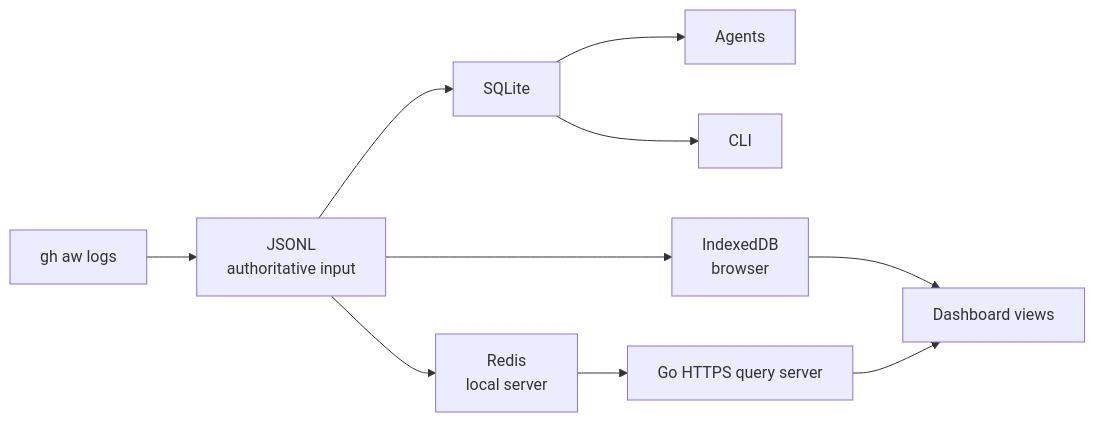
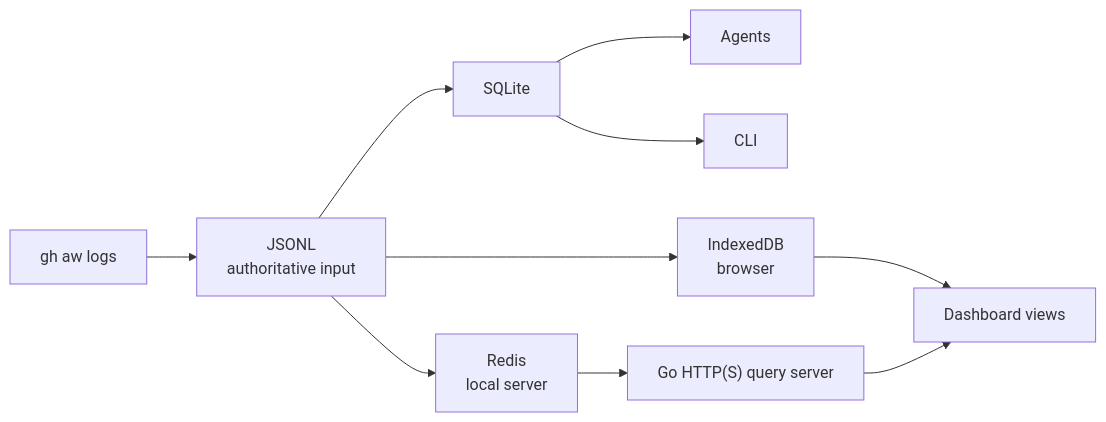
The first of 2 diagrams in specs/dashboard-data.md (githubnext/gh-aw-cao), drawn with Mermaid before and after one commit. The commit also changed other lines of this file and 11 other files, not shown here.

````diff
--- a/specs/dashboard-data.md
+++ b/specs/dashboard-data.md
@@ -241,12 +241,12 @@
 ```mermaid
 flowchart LR
   logs["gh aw logs"] --> source["JSONL<br/>authoritative input"]
   source --> sqlite["SQLite"]
   sqlite --> agents["Agents"]
   sqlite --> cli["CLI"]
   source --> indexeddb["IndexedDB<br/>browser"]
   indexeddb --> views["Dashboard views"]
   source --> redis["Redis<br/>local server"]
-  redis --> go["Go HTTPS query server"]
+  redis --> go["Go HTTP(S) query server"]
   go --> views
 ```
````
